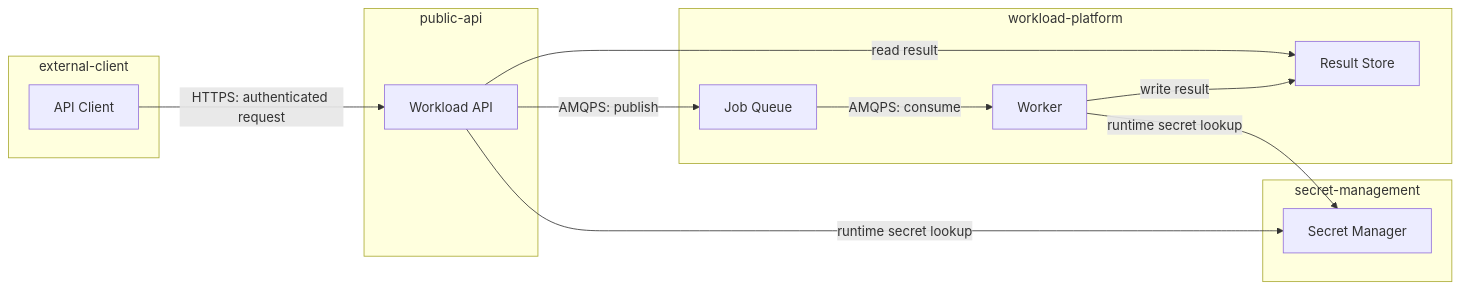
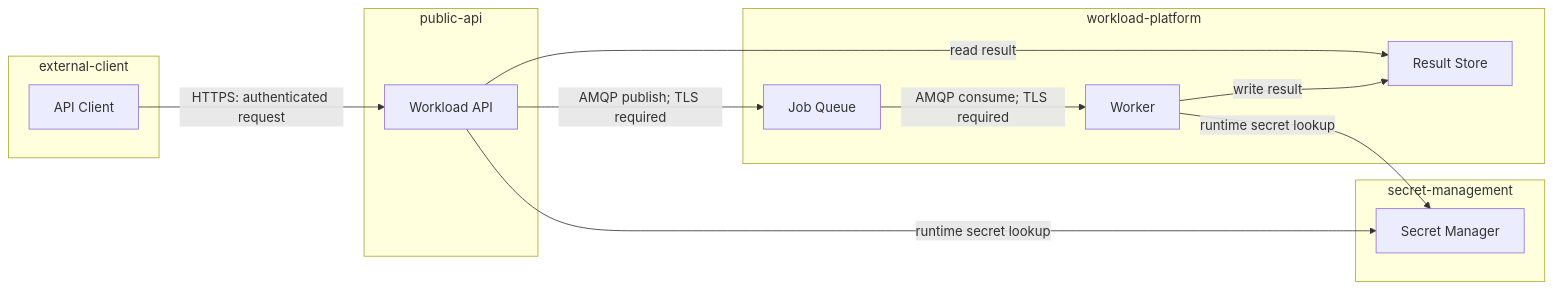
Before and after one commit to schoolofdevops/309-agentic-iac-site: the diagram in docs/m3-plan-iac-before-agent-codes/deep-dive.md, drawn with Mermaid. The commit also changed other lines of this file and 1 other file, not shown here.

Commit message:
fix(site): align CALM queue protocol

````diff
--- a/docs/m3-plan-iac-before-agent-codes/deep-dive.md
+++ b/docs/m3-plan-iac-before-agent-codes/deep-dive.md
@@ -127,25 +127,25 @@
 ```mermaid
 flowchart LR
   subgraph E[external-client]
     C[API Client]
   end
   subgraph P[public-api]
     API[Workload API]
   end
   subgraph W[workload-platform]
     Q[Job Queue]
     WK[Worker]
     R[Result Store]
   end
   subgraph S[secret-management]
     SM[Secret Manager]
   end
 
   C -->|HTTPS: authenticated request| API
-  API -->|AMQPS: publish| Q
-  Q -->|AMQPS: consume| WK
+  API -->|AMQP publish; TLS required| Q
+  Q -->|AMQP consume; TLS required| WK
   WK -->|write result| R
   API -->|read result| R
   API -->|runtime secret lookup| SM
   WK -->|runtime secret lookup| SM
 ```
````
